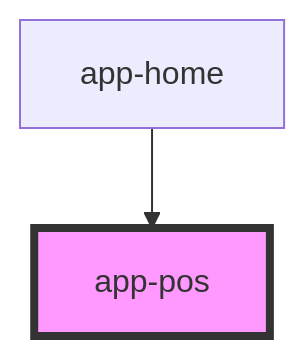
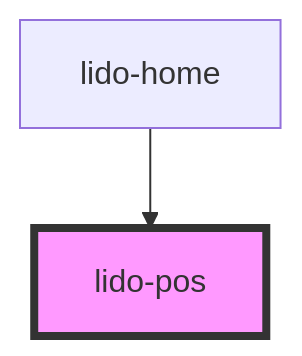
Before and after one commit to chimple/lido-player: the diagram in src/components/position/readme.md, drawn with Mermaid. The commit also changed other lines of this file and 40 other files, not shown here.

````diff
--- a/src/components/position/readme.md
+++ b/src/components/position/readme.md
@@ -40,5 +39,5 @@
 ```mermaid
 graph TD;
-  app-home --> app-pos
-  style app-pos fill:#f9f,stroke:#333,stroke-width:4px
+  lido-home --> lido-pos
+  style lido-pos fill:#f9f,stroke:#333,stroke-width:4px
 ```
````
